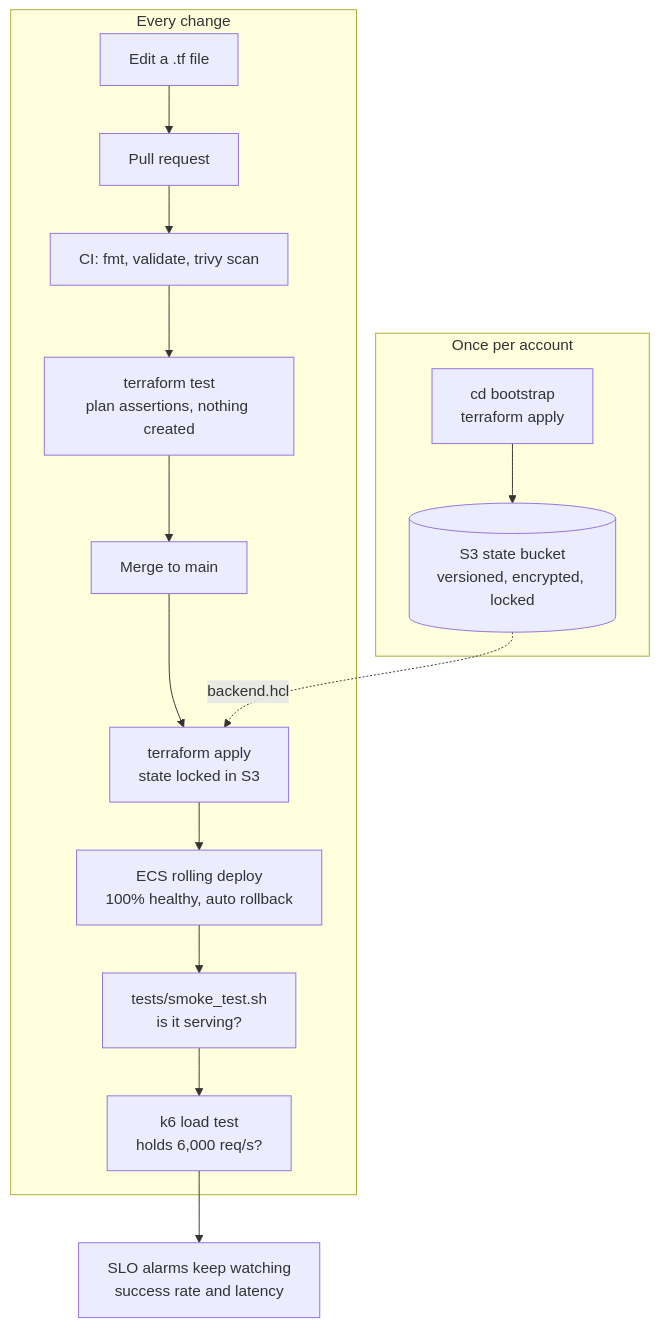
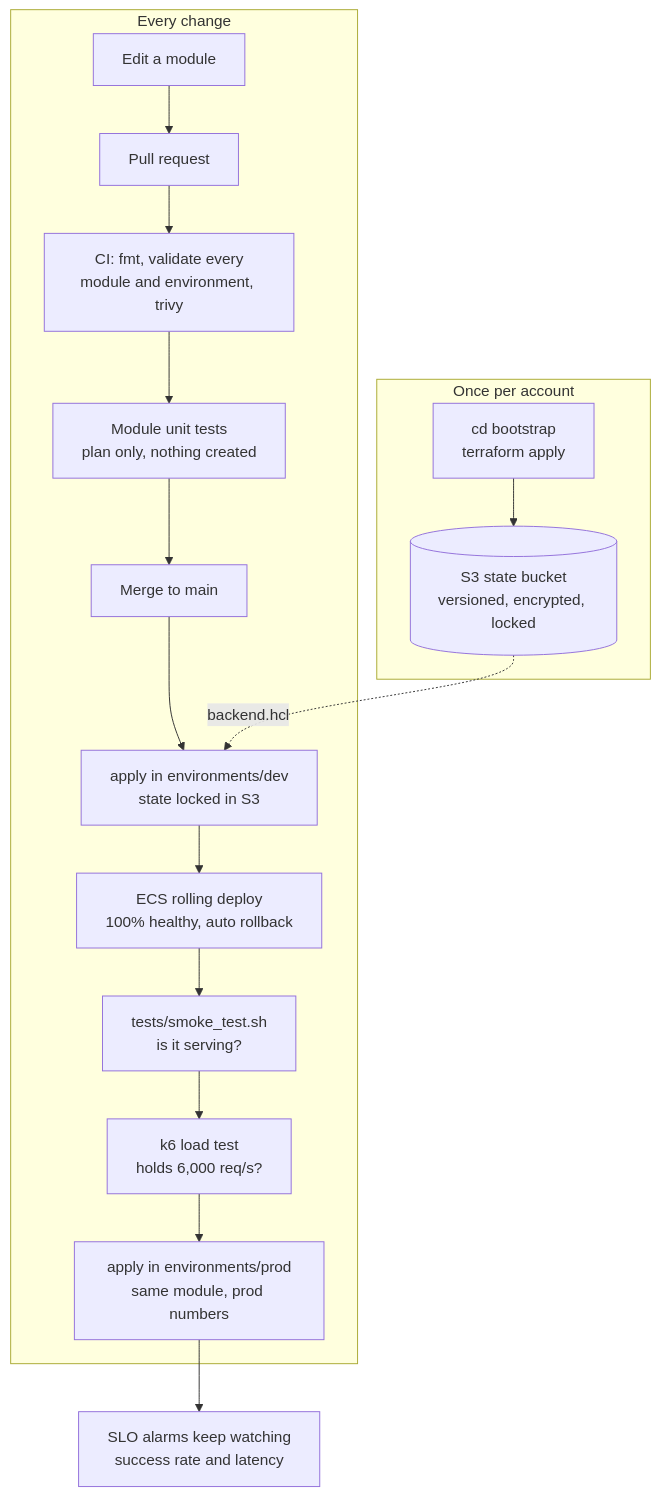
The second of 2 diagrams in README.md (tg-arun/classroom-attendance-infra), drawn with Mermaid before and after one commit. The commit also changed other lines of this file and 2 other files, not shown here.

Commit message:
Update tests, CI and docs for the module layout

````diff
--- a/README.md
+++ b/README.md
@@ -67,26 +90,27 @@
 ```mermaid
 flowchart TB
     subgraph once["Once per account"]
         b1["cd bootstrap<br/>terraform apply"]
         b2[("S3 state bucket<br/>versioned, encrypted, locked")]
         b1 --> b2
     end
 
     subgraph change["Every change"]
-        c1["Edit a .tf file"]
+        c1["Edit a module"]
         c2["Pull request"]
-        c3["CI: fmt, validate, trivy scan"]
-        c4["terraform test<br/>plan assertions, nothing created"]
+        c3["CI: fmt, validate every<br/>module and environment, trivy"]
+        c4["Module unit tests<br/>plan only, nothing created"]
         c5["Merge to main"]
-        c6["terraform apply<br/>state locked in S3"]
+        c6["apply in environments/dev<br/>state locked in S3"]
         c7["ECS rolling deploy<br/>100% healthy, auto rollback"]
         c8["tests/smoke_test.sh<br/>is it serving?"]
         c9["k6 load test<br/>holds 6,000 req/s?"]
-        c1 --> c2 --> c3 --> c4 --> c5 --> c6 --> c7 --> c8 --> c9
+        c10["apply in environments/prod<br/>same module, prod numbers"]
+        c1 --> c2 --> c3 --> c4 --> c5 --> c6 --> c7 --> c8 --> c9 --> c10
     end
 
     slo["SLO alarms keep watching<br/>success rate and latency"]
 
     b2 -.->|"backend.hcl"| c6
-    c9 --> slo
+    c10 --> slo
 ```
````
